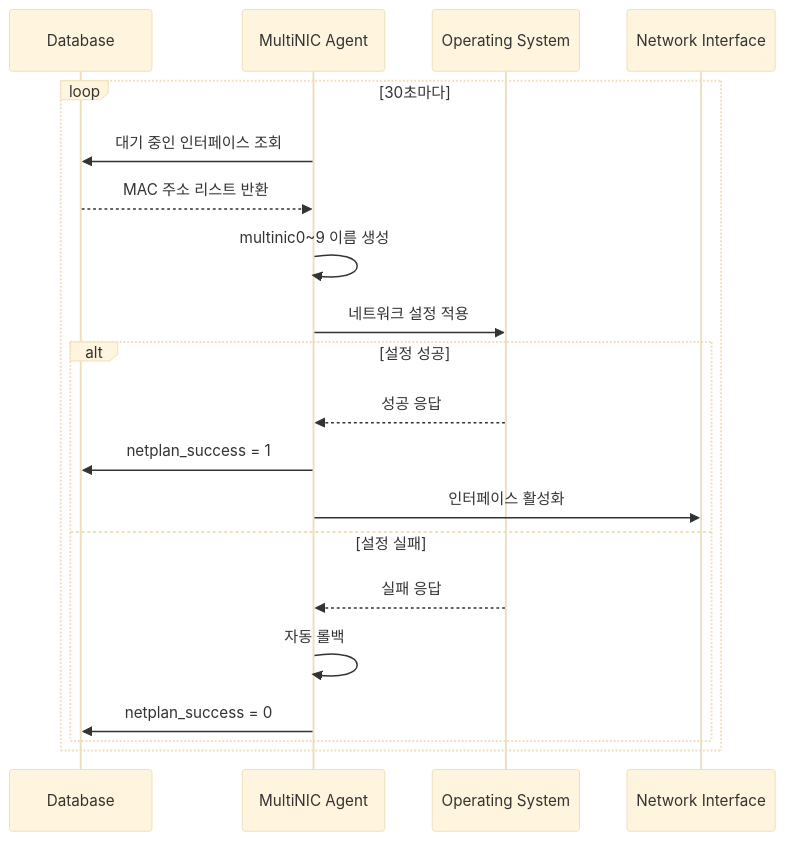
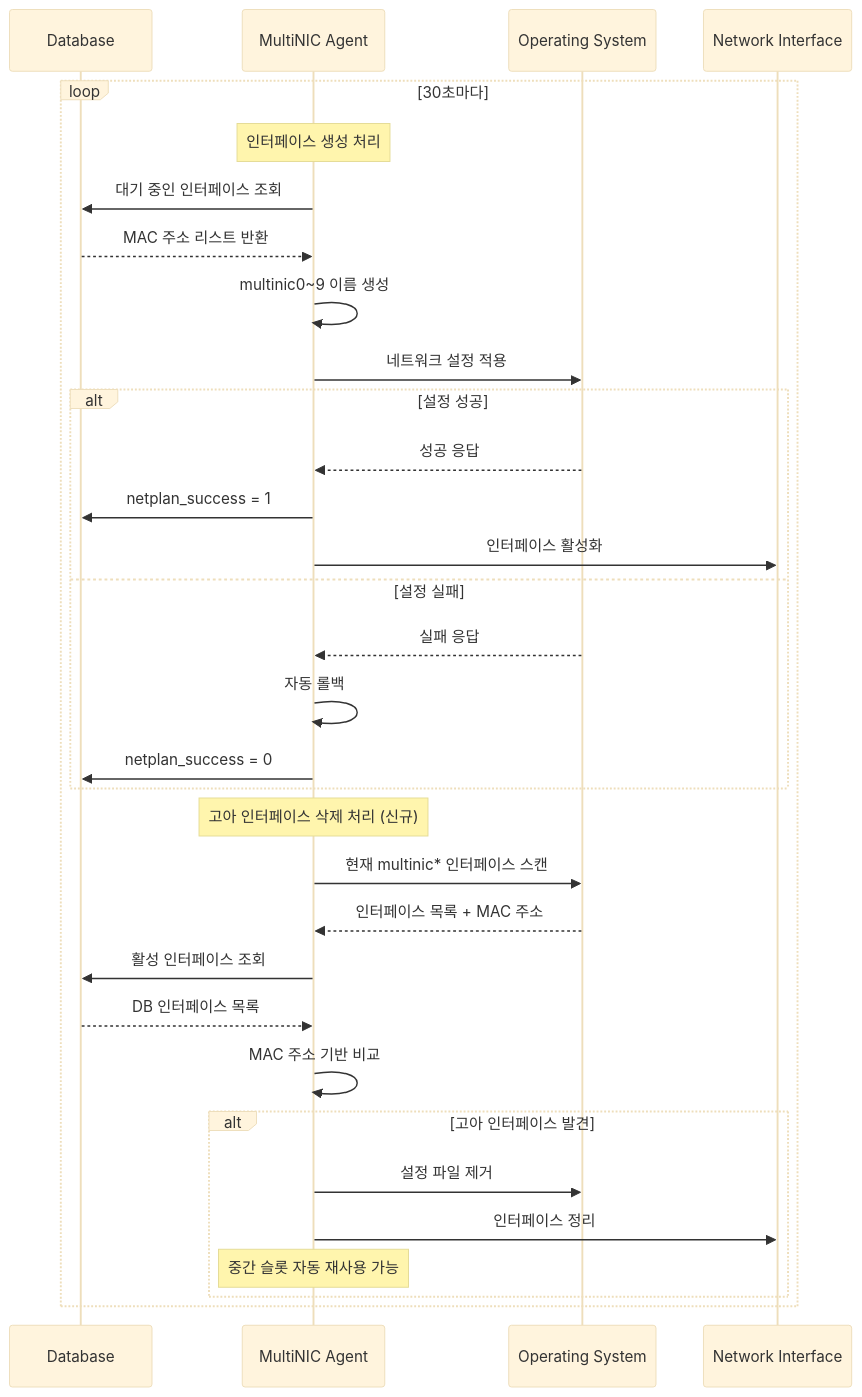
Before and after one commit to Minzino/multinic-agent: the second of 2 diagrams in README_TEAM.md, drawn with Mermaid (base theme). The commit also changed other lines of this file and 12 other files, not shown here.

````diff
--- a/README_TEAM.md
+++ b/README_TEAM.md
@@ -190,25 +191,39 @@
 ```mermaid
 sequenceDiagram
     participant DB as Database
     participant Agent as MultiNIC Agent
     participant OS as Operating System
     participant NIC as Network Interface
 
     loop 30초마다
+        Note over Agent: 인터페이스 생성 처리
         Agent->>DB: 대기 중인 인터페이스 조회
         DB-->>Agent: MAC 주소 리스트 반환
         
         Agent->>Agent: multinic0~9 이름 생성
         Agent->>OS: 네트워크 설정 적용
         
         alt 설정 성공
             OS-->>Agent: 성공 응답
             Agent->>DB: netplan_success = 1
             Agent->>NIC: 인터페이스 활성화
         else 설정 실패
             OS-->>Agent: 실패 응답
             Agent->>Agent: 자동 롤백
             Agent->>DB: netplan_success = 0
         end
+        
+        Note over Agent: 고아 인터페이스 삭제 처리 (신규)
+        Agent->>OS: 현재 multinic* 인터페이스 스캔
+        OS-->>Agent: 인터페이스 목록 + MAC 주소
+        Agent->>DB: 활성 인터페이스 조회
+        DB-->>Agent: DB 인터페이스 목록
+        
+        Agent->>Agent: MAC 주소 기반 비교
+        alt 고아 인터페이스 발견
+            Agent->>OS: 설정 파일 제거
+            Agent->>NIC: 인터페이스 정리
+            Note over Agent: 중간 슬롯 자동 재사용 가능
+        end
     end
 ```
````
